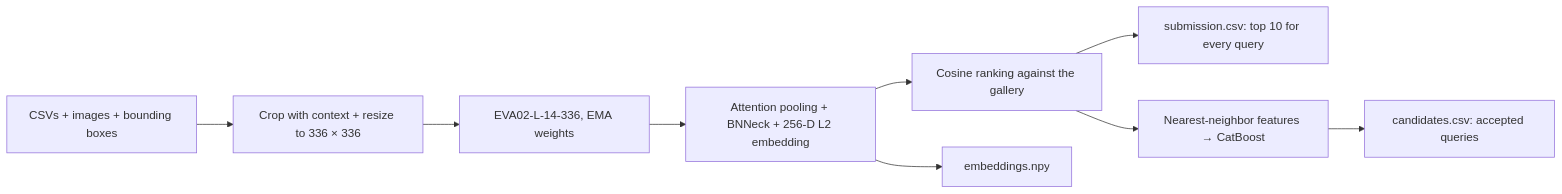
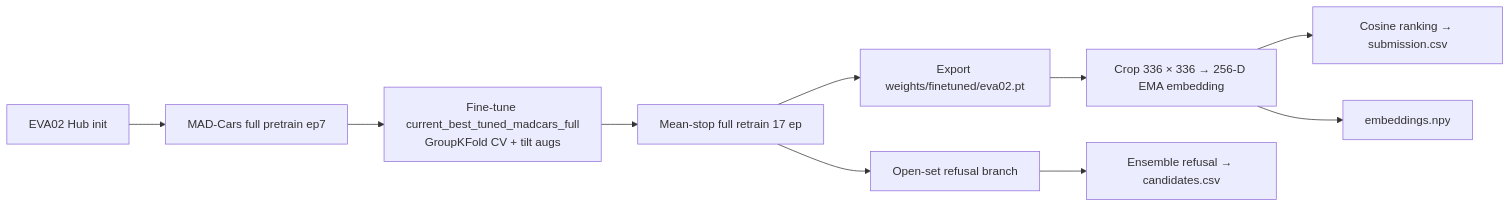
One commit to l1ghtsource/Vehicle-ReID changed the diagram in README.md. Above: the diagram before and after it, drawn with Mermaid. The commit also changed other lines of this file and 64 other files, not shown here.

Commit message:
Serve the MAD-Cars full pretrain fine-tune and ship its weights.

````diff
--- a/README.md
+++ b/README.md
@@ -12,11 +12,12 @@
 ```mermaid
 flowchart LR
-    A[CSVs + images + bounding boxes] --> B[Crop with context + resize to 336 × 336]
-    B --> C[EVA02-L-14-336, EMA weights]
-    C --> D[Attention pooling + BNNeck + 256-D L2 embedding]
-    D --> E[Cosine ranking against the gallery]
-    D --> F[embeddings.npy]
-    E --> G[submission.csv: top 10 for every query]
-    E --> H[Nearest-neighbor features → CatBoost]
-    H --> I[candidates.csv: accepted queries]
+    A[EVA02 Hub init] --> B[MAD-Cars full pretrain ep7]
+    B --> C["Fine-tune current_best_tuned_madcars_full<br/>GroupKFold CV + tilt augs"]
+    C --> D[Mean-stop full retrain 17 ep]
+    D --> E[Export weights/finetuned/eva02.pt]
+    D --> F[Open-set refusal branch]
+    E --> G[Crop 336 × 336 → 256-D EMA embedding]
+    G --> H[Cosine ranking → submission.csv]
+    G --> I[embeddings.npy]
+    F --> J["Ensemble refusal → candidates.csv"]
 ```
````
